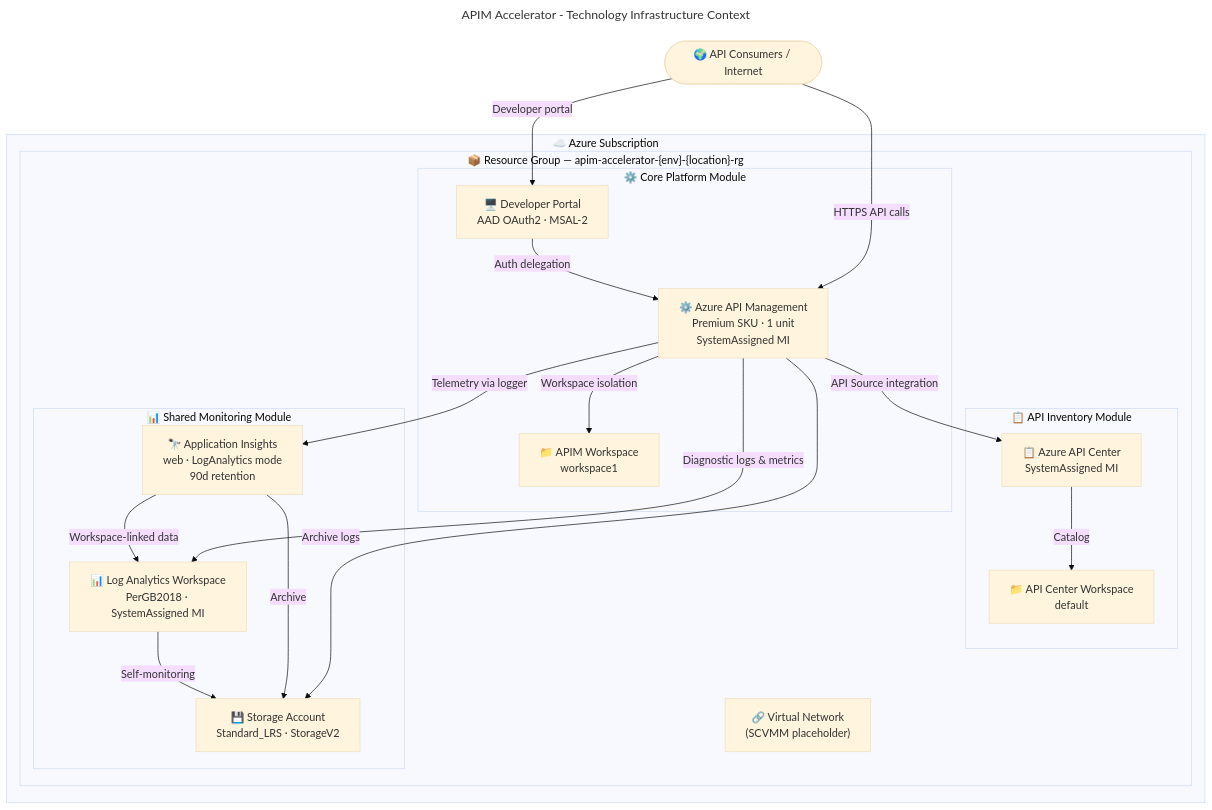
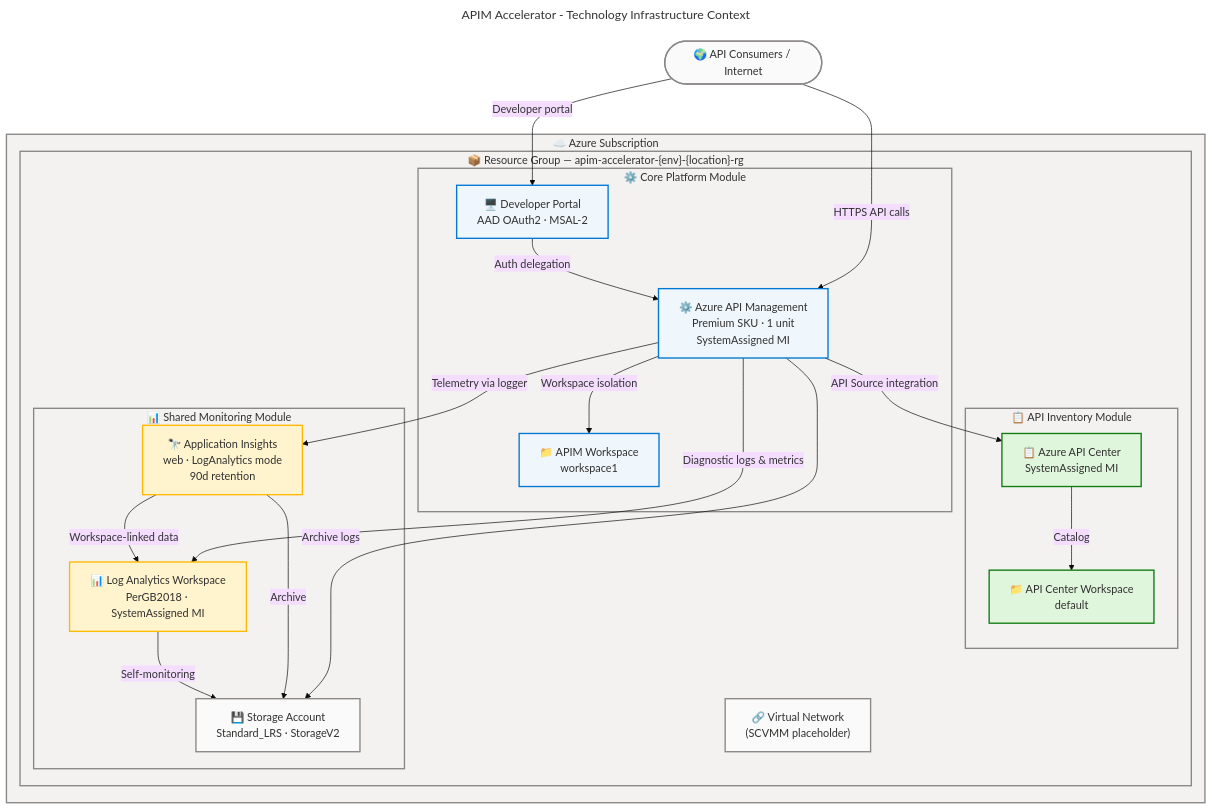
Before and after one commit to Evilazaro/APIM-Accelerator: the first of 2 diagrams in docs/architecture/technology-architecture.md, drawn with Mermaid. The commit also changed other lines of this file, not shown here.

Commit message:
style: enhance Azure/Fluent architecture pattern v2.0 with semantic classes, accessibility governance, and improved flowchart styles

````diff
--- a/docs/architecture/technology-architecture.md
+++ b/docs/architecture/technology-architecture.md
@@ -277,58 +277,80 @@
 ```mermaid
 ---
 title: "APIM Accelerator - Technology Infrastructure Context"
 config:
   theme: base
   look: classic
   layout: dagre
   themeVariables:
     fontSize: '16px'
   flowchart:
     htmlLabels: true
 ---
 flowchart TB
     accTitle: APIM Accelerator Technology Infrastructure Context
     accDescr: Shows all 23 Azure technology components organized within the resource group and their primary connectivity relationships
+
+    %% ═══════════════════════════════════════════════════════════════════════════
+    %% AZURE / FLUENT ARCHITECTURE PATTERN v2.0
+    %% (Semantic + Structural + Font + Accessibility Governance)
+    %% ═══════════════════════════════════════════════════════════════════════════
+    %% PHASE 1 - FLUENT UI: All styling uses approved Fluent UI palette only
+    %% PHASE 2 - GROUPS: Every subgraph has semantic color via style directive
+    %% PHASE 3 - COMPONENTS: Every node has semantic classDef + icon prefix
+    %% PHASE 4 - ACCESSIBILITY: accTitle/accDescr present, WCAG AA contrast
+    %% PHASE 5 - STANDARD: Governance block present, classDefs centralized
+    %% ═══════════════════════════════════════════════════════════════════════════
 
 
     Internet(["🌍 API Consumers / Internet"]):::neutral
 
     subgraph AzSub["☁️ Azure Subscription"]
         subgraph RG["📦 Resource Group — apim-accelerator-{env}-{location}-rg"]
 
             subgraph CorePlatform["⚙️ Core Platform Module"]
                 APIM["⚙️ Azure API Management\nPremium SKU · 1 unit\nSystemAssigned MI"]:::core
                 DevPortal["🖥️ Developer Portal\nAAD OAuth2 · MSAL-2"]:::core
                 WS["📁 APIM Workspace\nworkspace1"]:::core
             end
 
             subgraph Inventory["📋 API Inventory Module"]
                 APICenter["📋 Azure API Center\nSystemAssigned MI"]:::success
                 APICWorkspace["📁 API Center Workspace\ndefault"]:::success
             end
 
             subgraph SharedMon["📊 Shared Monitoring Module"]
                 LAW["📊 Log Analytics Workspace\nPerGB2018 · SystemAssigned MI"]:::warning
                 AppIns["🔭 Application Insights\nweb · LogAnalytics mode\n90d retention"]:::warning
                 StorageAcct["💾 Storage Account\nStandard_LRS · StorageV2"]:::neutral
             end
 
             VNet["🔗 Virtual Network\n(SCVMM placeholder)"]:::neutral
         end
     end
 
     Internet -->|HTTPS API calls| APIM
     Internet -->|Developer portal| DevPortal
     DevPortal -->|Auth delegation| APIM
     APIM -->|Workspace isolation| WS
     APIM -->|API Source integration| APICenter
     APICenter -->|Catalog| APICWorkspace
     APIM -->|Diagnostic logs & metrics| LAW
     APIM -->|Telemetry via logger| AppIns
     APIM -->|Archive logs| StorageAcct
     AppIns -->|Workspace-linked data| LAW
     AppIns -->|Archive| StorageAcct
     LAW -->|Self-monitoring| StorageAcct
 
+    classDef neutral fill:#FAFAFA,stroke:#8A8886,stroke-width:2px,color:#323130
+    classDef core fill:#EFF6FC,stroke:#0078D4,stroke-width:2px,color:#323130
+    classDef success fill:#DFF6DD,stroke:#107C10,stroke-width:2px,color:#323130
+    classDef warning fill:#FFF4CE,stroke:#FFB900,stroke-width:2px,color:#323130
+    classDef danger fill:#FDE7E9,stroke:#D13438,stroke-width:2px,color:#323130
+
+    style AzSub fill:#F3F2F1,stroke:#8A8886,stroke-width:2px,color:#323130
+    style RG fill:#F3F2F1,stroke:#8A8886,stroke-width:2px,color:#323130
+    style CorePlatform fill:#F3F2F1,stroke:#8A8886,stroke-width:2px,color:#323130
+    style Inventory fill:#F3F2F1,stroke:#8A8886,stroke-width:2px,color:#323130
+    style SharedMon fill:#F3F2F1,stroke:#8A8886,stroke-width:2px,color:#323130
 
 ```
````
